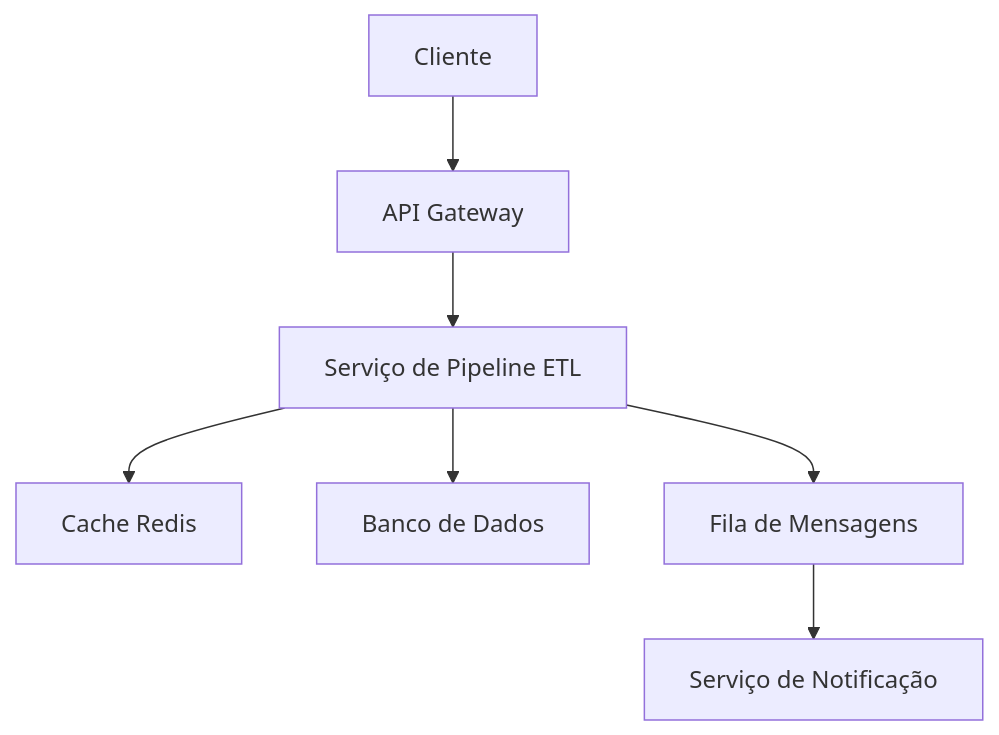
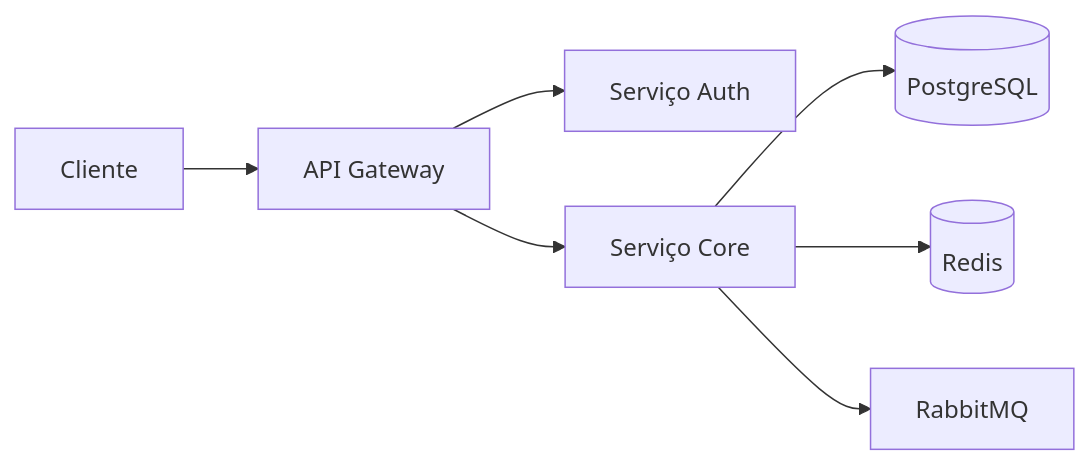
Before and after one commit to aleemerich/corp-kb-ai-benchmark: the diagram in 01-produtos/analytics-airich/pipeline-etl-0003.md, drawn with Mermaid. The commit also changed other lines of this file and 2492 other files, not shown here.

````diff
--- a/01-produtos/analytics-airich/pipeline-etl-0003.md
+++ b/01-produtos/analytics-airich/pipeline-etl-0003.md
@@ -41,9 +15,9 @@
 ```mermaid
-graph TD
-    A[Cliente] --> B[API Gateway]
-    B --> C[Serviço de Pipeline ETL]
-    C --> D[Cache Redis]
-    C --> E[Banco de Dados]
-    C --> F[Fila de Mensagens]
-    F --> G[Serviço de Notificação]
+graph LR
+    Cliente --> API[API Gateway]
+    API --> Auth[Serviço Auth]
+    API --> Core[Serviço Core]
+    Core --> DB[(PostgreSQL)]
+    Core --> Cache[(Redis)]
+    Core --> Queue[RabbitMQ]
 ```
````
